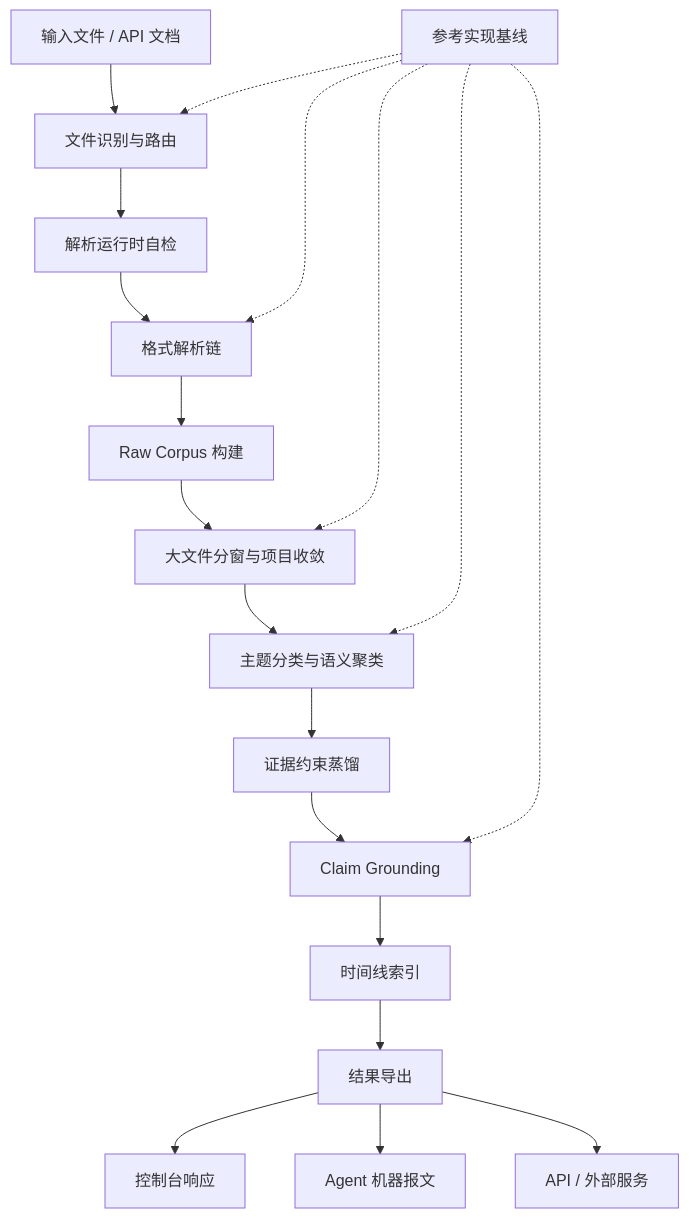
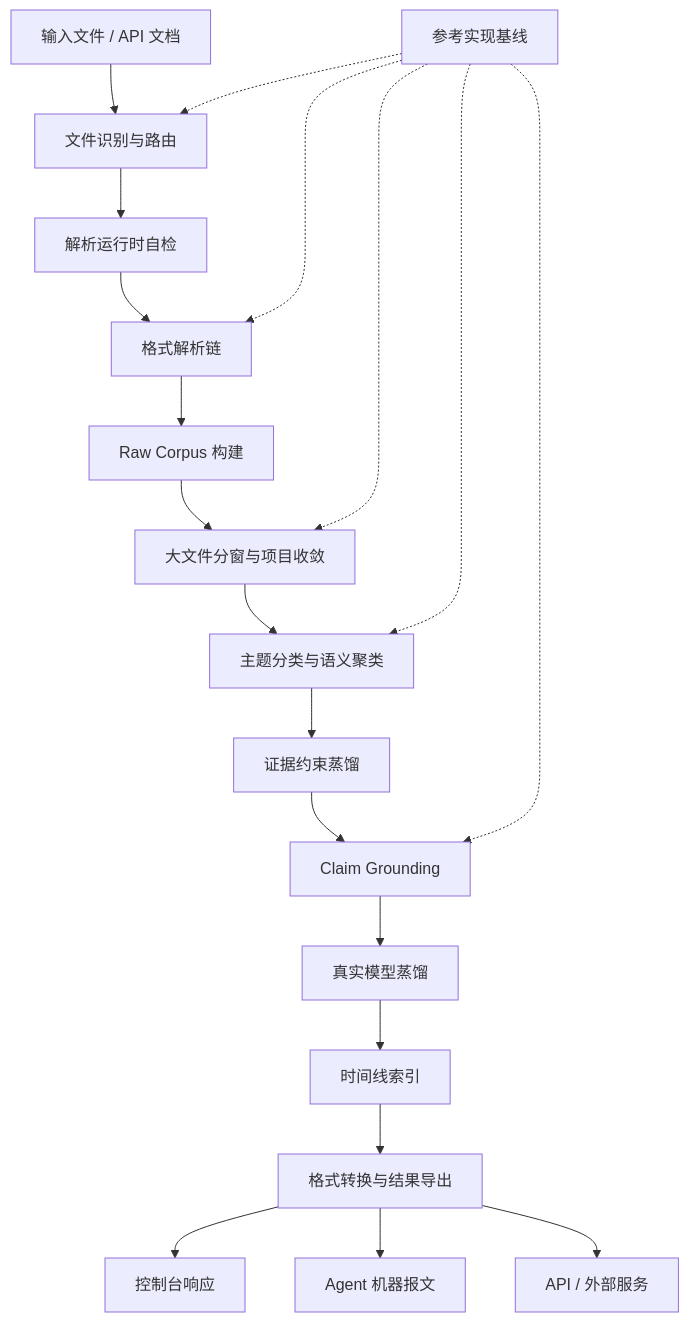
Before and after one commit to Unka-Malloc/AgentStudio: the first of 2 diagrams in docs/KNOWLEDGE-DISTILLATION-EVOLUTION-PLAN.md, drawn with Mermaid. The commit also changed other lines of this file and 3 other files, not shown here.

````diff
--- a/docs/KNOWLEDGE-DISTILLATION-EVOLUTION-PLAN.md
+++ b/docs/KNOWLEDGE-DISTILLATION-EVOLUTION-PLAN.md
@@ -50,22 +51,23 @@
 ```mermaid
 flowchart TD
     A["输入文件 / API 文档"] --> B["文件识别与路由"]
     B --> C["解析运行时自检"]
     C --> D["格式解析链"]
     D --> E["Raw Corpus 构建"]
     E --> F["大文件分窗与项目收敛"]
     F --> G["主题分类与语义聚类"]
     G --> H["证据约束蒸馏"]
     H --> I["Claim Grounding"]
-    I --> J["时间线索引"]
-    J --> K["结果导出"]
+    I --> Q["真实模型蒸馏"]
+    Q --> J["时间线索引"]
+    J --> K["格式转换与结果导出"]
     K --> L["控制台响应"]
     K --> M["Agent 机器报文"]
     K --> N["API / 外部服务"]
 
     O["参考实现基线"] -.-> B
     O -.-> D
     O -.-> F
     O -.-> G
     O -.-> I
 ```
````
